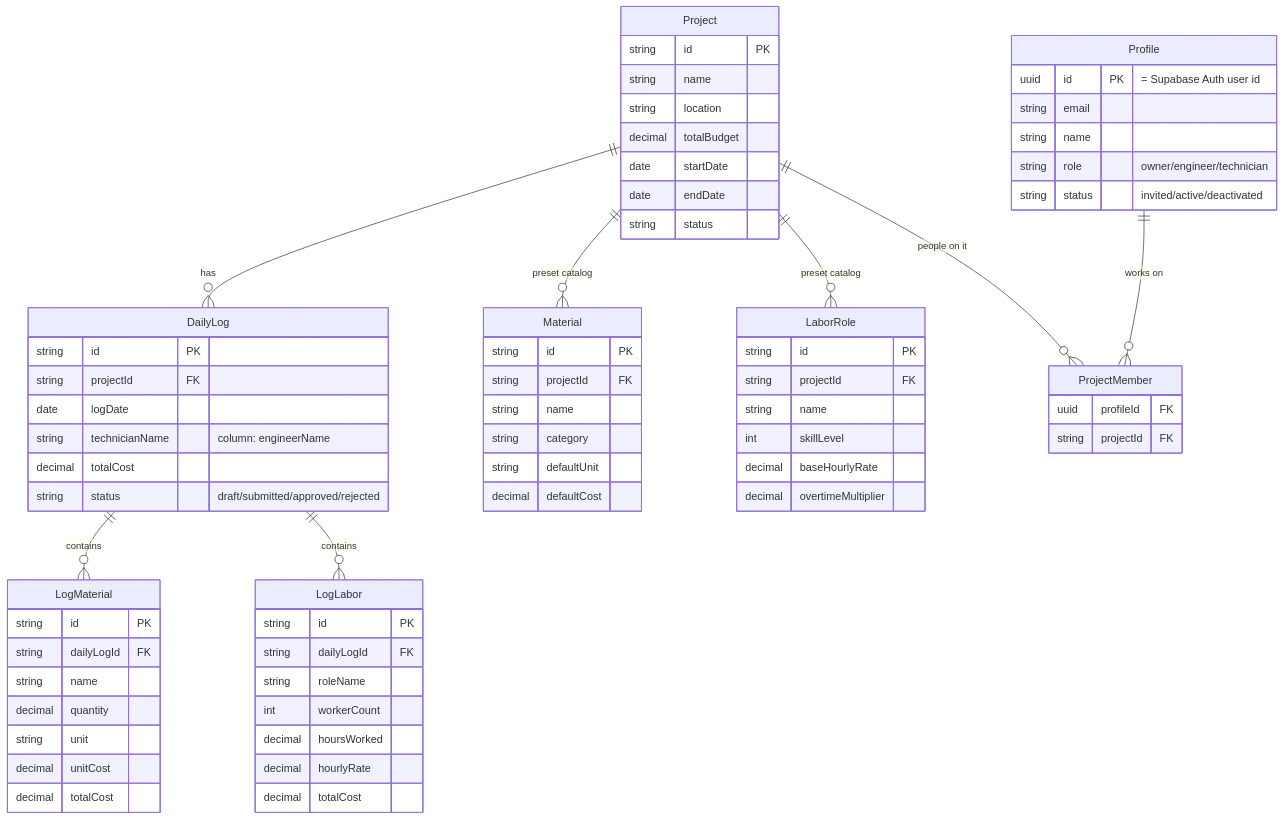
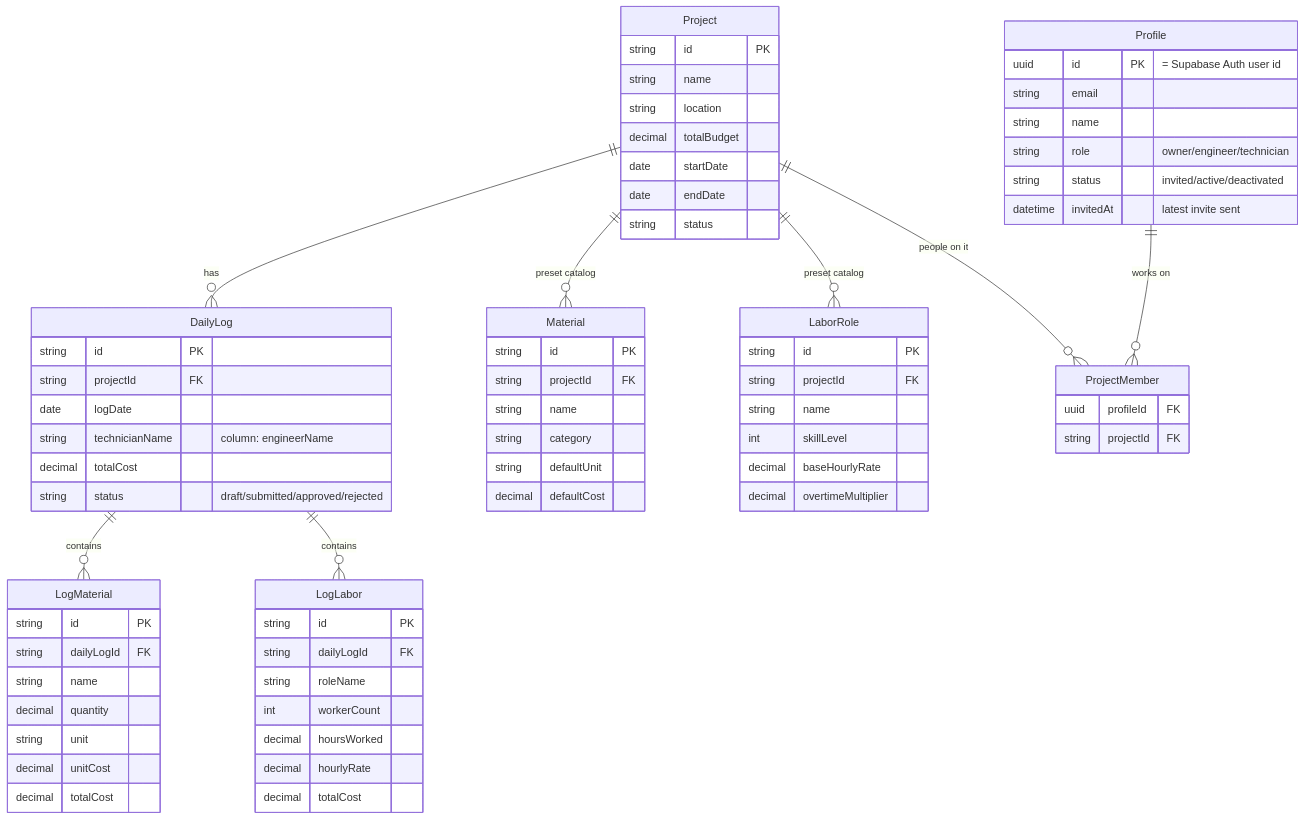
The fourth of 4 diagrams in docs/ARCHITECTURE.md (erharizi1/sitetrack-adstar), drawn with Mermaid before and after one commit. The commit also changed 16 other files, not shown here.

````diff
--- a/docs/ARCHITECTURE.md
+++ b/docs/ARCHITECTURE.md
@@ -112,73 +112,74 @@
 ```mermaid
 erDiagram
     Project    ||--o{ DailyLog    : has
     Project    ||--o{ Material    : "preset catalog"
     Project    ||--o{ LaborRole   : "preset catalog"
     DailyLog   ||--o{ LogMaterial : contains
     DailyLog   ||--o{ LogLabor    : contains
     Project    ||--o{ ProjectMember : "people on it"
     Profile    ||--o{ ProjectMember : "works on"
  
     Project {
         string  id PK
         string  name
         string  location
         decimal totalBudget
         date    startDate
         date    endDate
         string  status
     }
     DailyLog {
         string  id PK
         string  projectId FK
         date    logDate
         string  technicianName "column: engineerName"
         decimal totalCost
         string  status "draft/submitted/approved/rejected"
     }
     LogMaterial {
         string  id PK
         string  dailyLogId FK
         string  name
         decimal quantity
         string  unit
         decimal unitCost
         decimal totalCost
     }
     LogLabor {
         string  id PK
         string  dailyLogId FK
         string  roleName
         int     workerCount
         decimal hoursWorked
         decimal hourlyRate
         decimal totalCost
     }
     Material {
         string  id PK
         string  projectId FK
         string  name
         string  category
         string  defaultUnit
         decimal defaultCost
     }
     LaborRole {
         string  id PK
         string  projectId FK
         string  name
         int     skillLevel
         decimal baseHourlyRate
         decimal overtimeMultiplier
     }
     Profile {
         uuid    id PK "= Supabase Auth user id"
         string  email
         string  name
         string  role "owner/engineer/technician"
         string  status "invited/active/deactivated"
+        datetime invitedAt "latest invite sent"
     }
     ProjectMember {
         uuid    profileId FK
         string  projectId FK
     }
 ```
````
